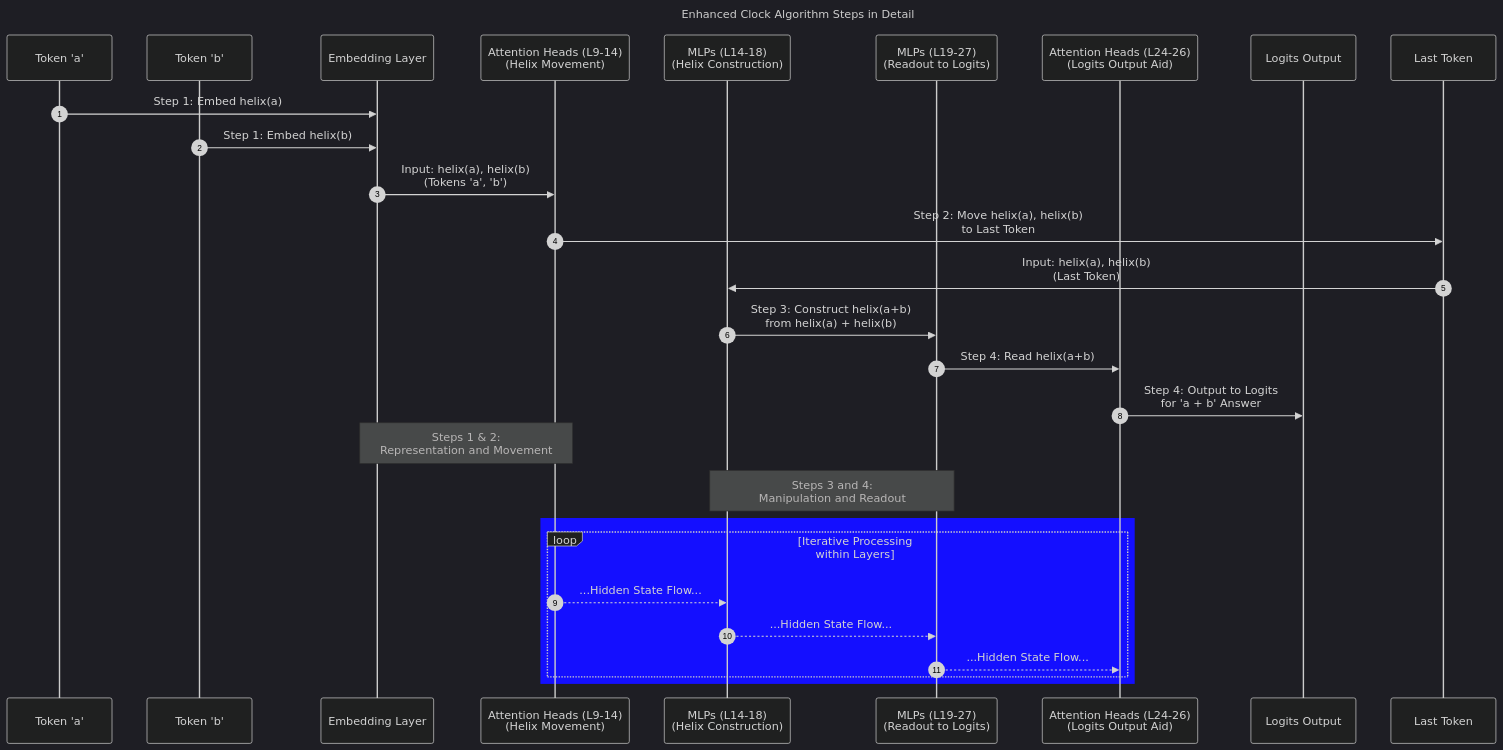
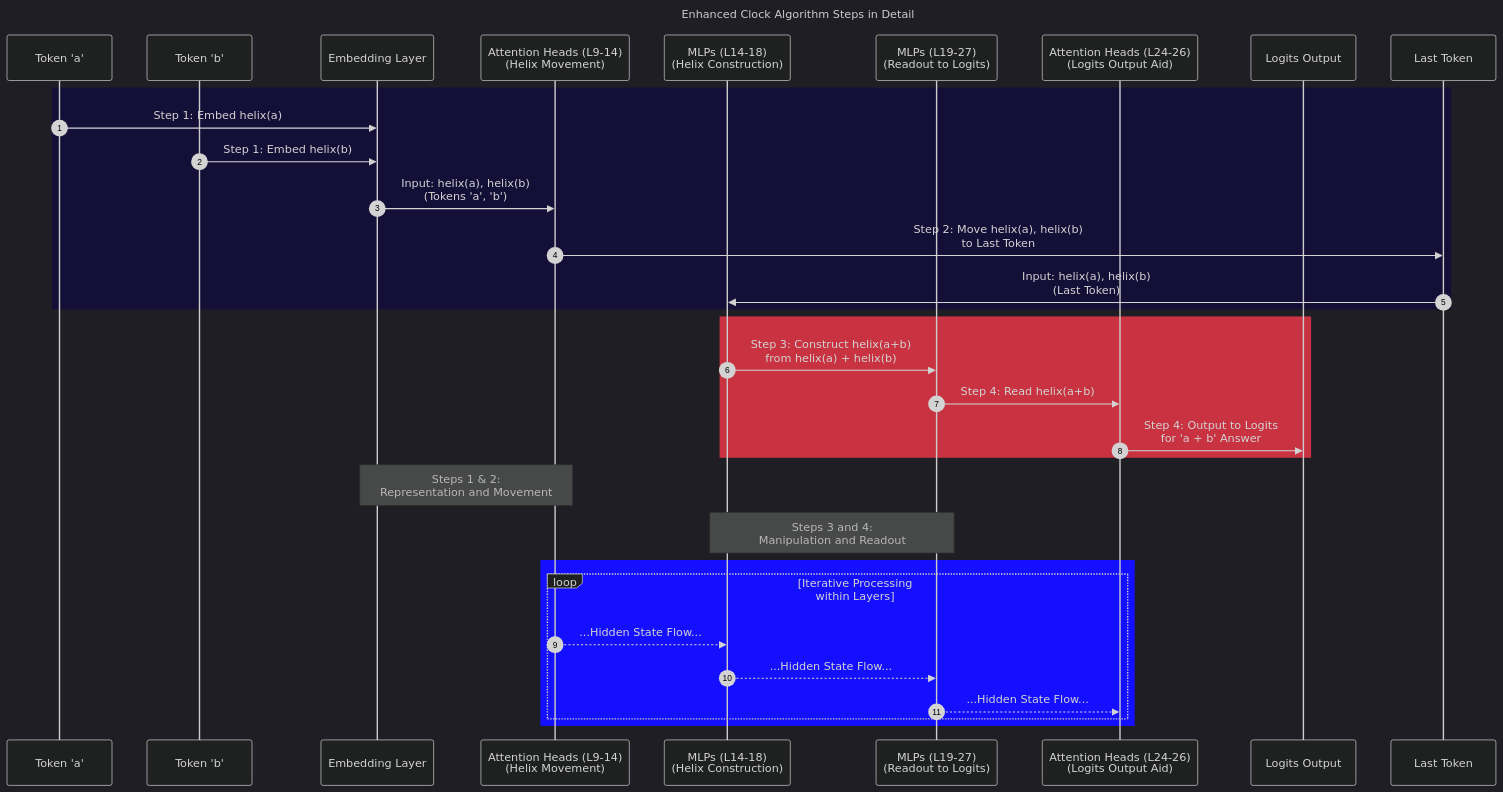
One commit to CongLeSolutionX/AlgoVerse changed the third of 6 diagrams in Latest_Algorithms/Language_Models_Use_Trigonometry_to_Do_Addition/Language_Models_Use_Trigonometry_to_Do_Addition_V2.md. Above: the diagram before and after it, drawn with Mermaid.

````diff
--- a/Latest_Algorithms/Language_Models_Use_Trigonometry_to_Do_Addition/Language_Models_Use_Trigonometry_to_Do_Addition_V2.md
+++ b/Latest_Algorithms/Language_Models_Use_Trigonometry_to_Do_Addition/Language_Models_Use_Trigonometry_to_Do_Addition_V2.md
@@ -178,42 +178,47 @@
 ```mermaid
 ---
 title: Enhanced Clock Algorithm Steps in Detail
 config:
   layout: elk
   look: handDrawn
   theme: dark
 ---
 sequenceDiagram
     autonumber
     participant Input_Token_a as Token 'a'
     participant Input_Token_b as Token 'b'
     participant Embedding_Layer as Embedding Layer
     participant Attn_Heads_9_14 as Attention Heads (L9-14)<br/>(Helix Movement)
     participant MLPs_14_18 as MLPs (L14-18)<br/>(Helix Construction)
     participant MLPs_19_27 as MLPs (L19-27)<br/>(Readout to Logits)
     participant Attn_Heads_24_26 as Attention Heads (L24-26)<br/>(Logits Output Aid)
     participant Logits_Output as Logits Output
 
-    Input_Token_a->>Embedding_Layer: Step 1: Embed helix(a)
-    Input_Token_b->>Embedding_Layer: Step 1: Embed helix(b)
-    Embedding_Layer->>Attn_Heads_9_14: Input: helix(a), helix(b)<br/>(Tokens 'a', 'b')
-    Attn_Heads_9_14 ->> Last_Token: Step 2: Move helix(a), helix(b)<br/>to Last Token
-    Last_Token->>MLPs_14_18: Input: helix(a), helix(b)<br/>(Last Token)
-    MLPs_14_18 ->>MLPs_19_27: Step 3: Construct helix(a+b)<br/>from helix(a) + helix(b)
-    MLPs_19_27 ->>Attn_Heads_24_26: Step 4: Read helix(a+b)
-    Attn_Heads_24_26 ->>Logits_Output: Step 4: Output to Logits<br/>for 'a + b' Answer
-
+    rect rgb(20, 15, 55)
+        Input_Token_a->>Embedding_Layer: Step 1: Embed helix(a)
+        Input_Token_b->>Embedding_Layer: Step 1: Embed helix(b)
+        Embedding_Layer->>Attn_Heads_9_14: Input: helix(a), helix(b)<br/>(Tokens 'a', 'b')
+        Attn_Heads_9_14 ->> Last_Token: Step 2: Move helix(a), helix(b)<br/>to Last Token
+        Last_Token->>MLPs_14_18: Input: helix(a), helix(b)<br/>(Last Token)
+    end
+    
+    rect rgb(200, 50, 65)
+        MLPs_14_18 ->>MLPs_19_27: Step 3: Construct helix(a+b)<br/>from helix(a) + helix(b)
+        MLPs_19_27 ->>Attn_Heads_24_26: Step 4: Read helix(a+b)
+        Attn_Heads_24_26 ->>Logits_Output: Step 4: Output to Logits<br/>for 'a + b' Answer
+    end
+    
     Note over Embedding_Layer, Attn_Heads_9_14: Steps 1 & 2:<br/>Representation and Movement
     Note over MLPs_14_18, MLPs_19_27: Steps 3 and 4:<br/>Manipulation and Readout
     
     rect rgb(20, 15, 255)
         loop Iterative Processing within Layers
             Attn_Heads_9_14 -->>MLPs_14_18: ...Hidden State Flow...
             MLPs_14_18 -->>MLPs_19_27: ...Hidden State Flow...
             MLPs_19_27 -->>Attn_Heads_24_26: ...Hidden State Flow...
         end
     end
 
     participant Last_Token as Last Token
 
 ```
````
